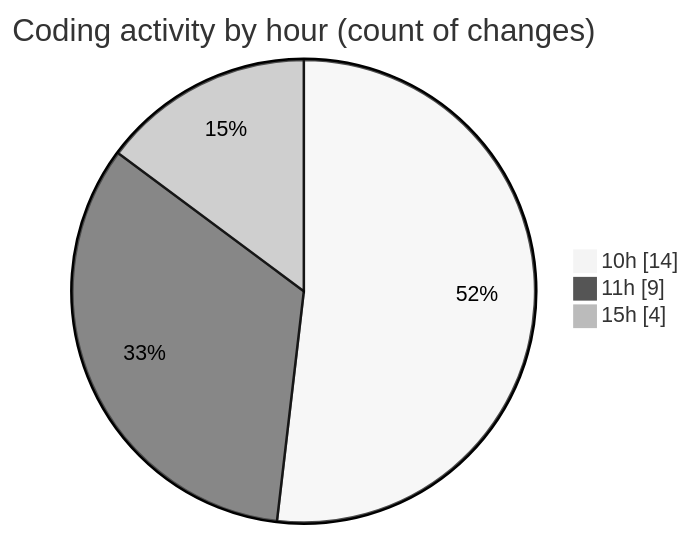
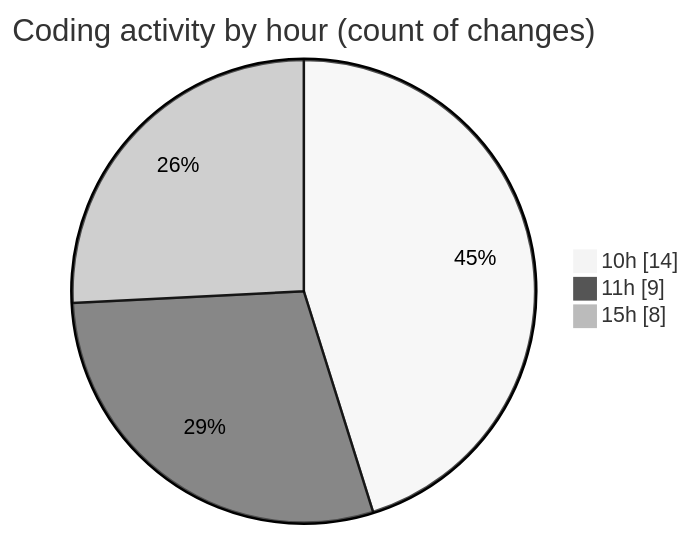
Before and after one commit to Elitesun/code-tracking: the second of 2 diagrams in 2025-02-08/react_ecom/README.md, drawn with Mermaid (neutral theme). The commit also changed other lines of this file and 1 other file, not shown here.

````diff
--- a/2025-02-08/react_ecom/README.md
+++ b/2025-02-08/react_ecom/README.md
@@ -34,7 +35,7 @@
 ```mermaid
 pie showData
 title Coding activity by hour (count of changes)
 "10h" : 14
 "11h" : 9
-"15h" : 4
+"15h" : 8
 ```
````
